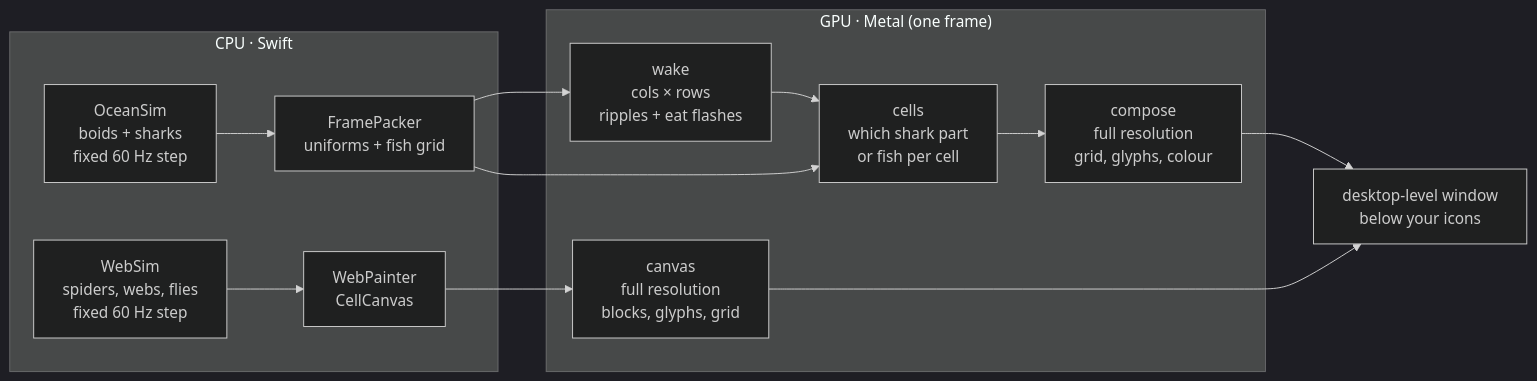
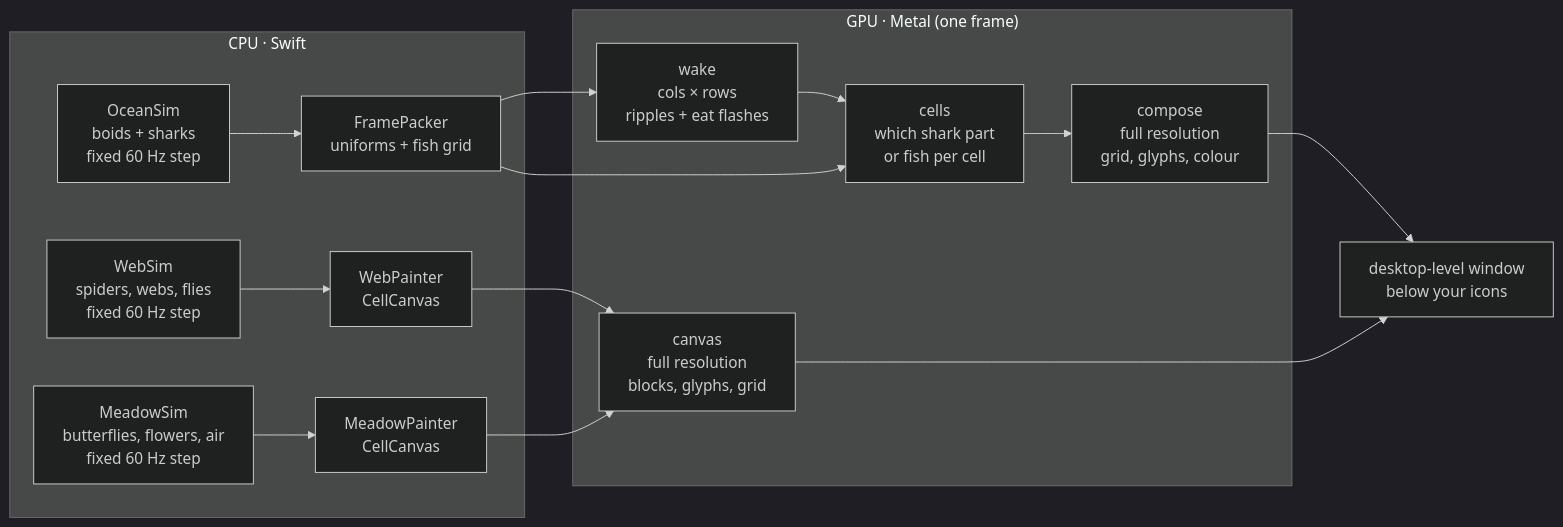
One commit to zegrt/ascii-animals changed the diagram in docs/DEVELOPING.md. Above: the diagram before and after it, drawn with Mermaid (dark theme). The commit also changed other lines of this file and 8 other files, not shown here.

````diff
--- a/docs/DEVELOPING.md
+++ b/docs/DEVELOPING.md
@@ -33,17 +33,19 @@
 ```mermaid
 flowchart LR
   subgraph CPU["CPU · Swift"]
     O["OceanSim<br/>boids + sharks<br/>fixed 60 Hz step"] --> P["FramePacker<br/>uniforms + fish grid"]
     W["WebSim<br/>spiders, webs, flies<br/>fixed 60 Hz step"] --> C["WebPainter<br/>CellCanvas"]
+    M["MeadowSim<br/>butterflies, flowers, air<br/>fixed 60 Hz step"] --> MP["MeadowPainter<br/>CellCanvas"]
   end
   subgraph GPU["GPU · Metal (one frame)"]
     A["wake<br/>cols × rows<br/>ripples + eat flashes"] --> B["cells<br/>which shark part<br/>or fish per cell"]
     B --> D["compose<br/>full resolution<br/>grid, glyphs, colour"]
     E["canvas<br/>full resolution<br/>blocks, glyphs, grid"]
   end
   P --> A
   P --> B
   C --> E
+  MP --> E
   D --> F["desktop-level window<br/>below your icons"]
   E --> F
 ```
````
